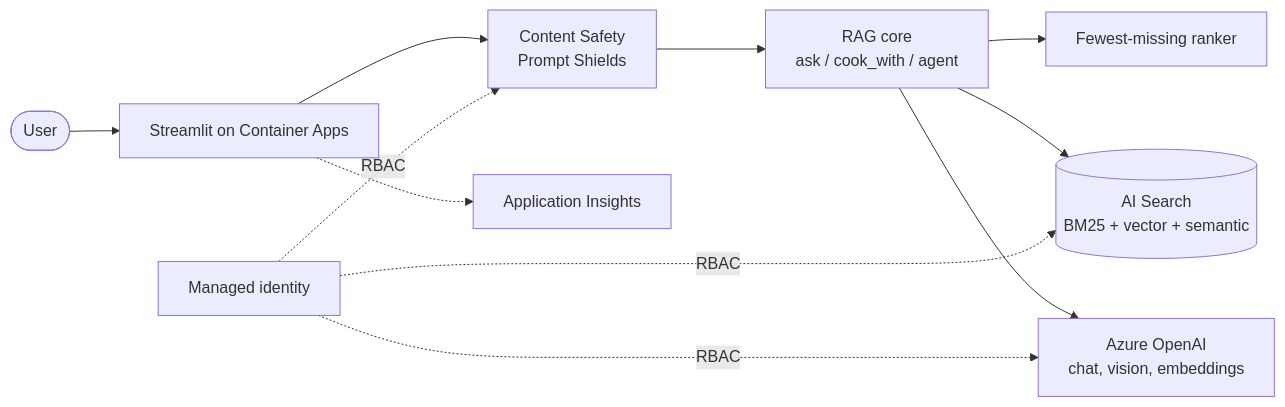
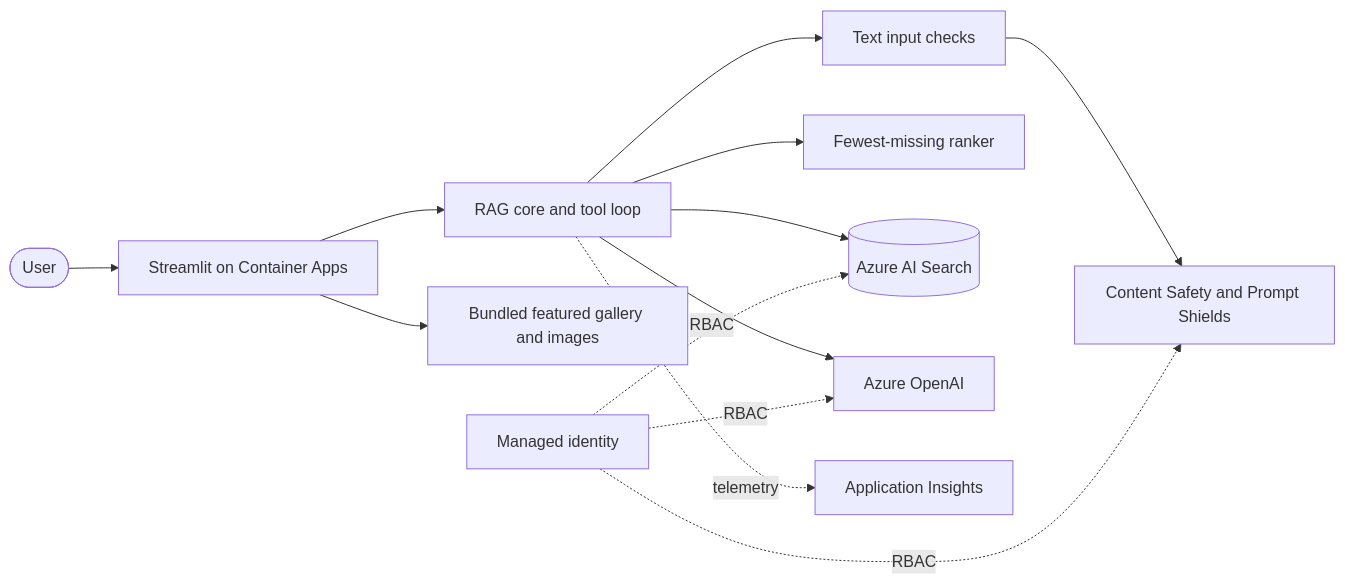
The diagram in README.md (silent-vector-26/sous-chef-rag-cookbook), drawn with Mermaid before and after one commit. The commit also changed other lines of this file and 18 other files, not shown here.

First line of the commit message:
Polish portfolio documentation and repair Mermaid diagrams (#14)

````diff
--- a/README.md
+++ b/README.md
@@ -18,9 +49,13 @@
 ```mermaid
 flowchart LR
-    U([User]) --> UI[Streamlit on Container Apps] --> SAFE[Content Safety<br/>Prompt Shields] --> CORE[RAG core<br/>ask / cook_with / agent]
+    U([User]) --> UI[Streamlit on Container Apps]
+    UI --> CORE[RAG core and tool loop]
+    CORE --> SAFE[Text input checks]
+    SAFE --> CS[Content Safety and Prompt Shields]
     CORE --> RANK[Fewest-missing ranker]
-    CORE --> AIS[(AI Search<br/>BM25 + vector + semantic)]
-    CORE --> AOAI[Azure OpenAI<br/>chat, vision, embeddings]
-    UI -.-> AI[Application Insights]
-    MI[Managed identity] -.RBAC.-> AIS & AOAI & SAFE
+    CORE --> AIS[(Azure AI Search)]
+    CORE --> AOAI[Azure OpenAI]
+    UI --> DATA[Bundled featured gallery and images]
+    CORE -. telemetry .-> AI[Application Insights]
+    MI[Managed identity] -. RBAC .-> AIS & AOAI & CS
 ```
````
